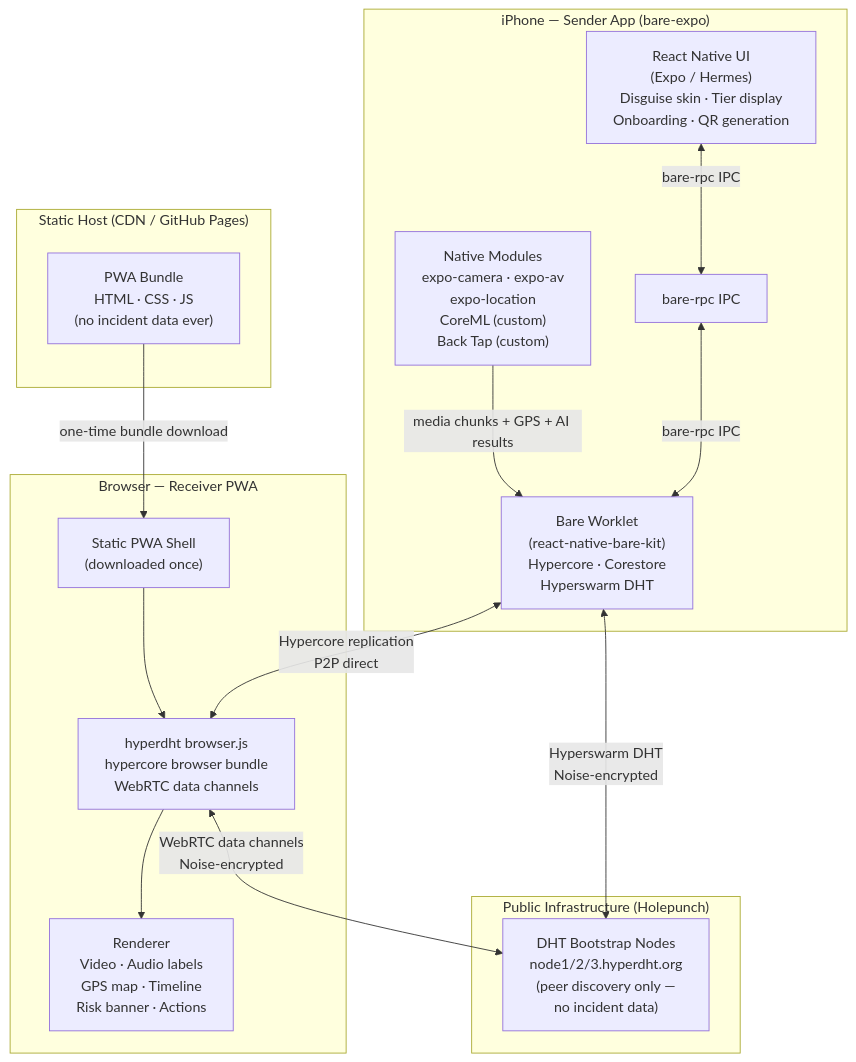
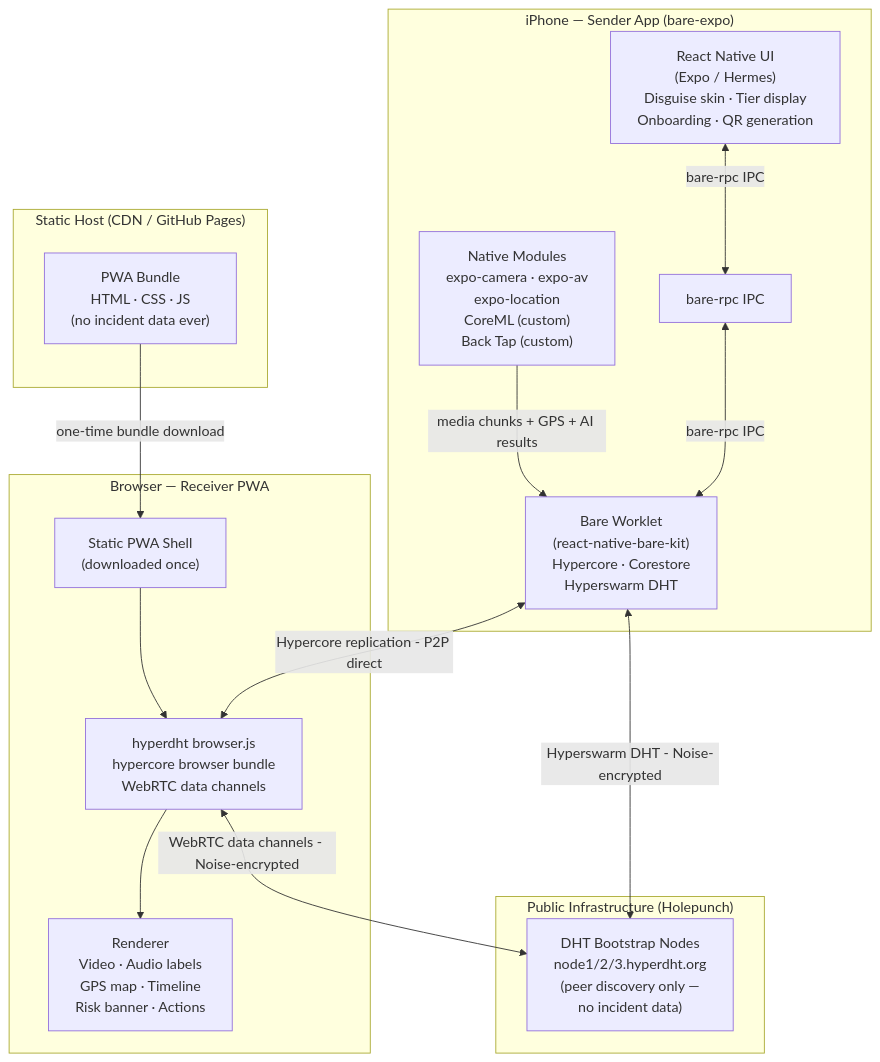
Before and after one commit to HackUPC26/SafeHaven: the first of 5 diagrams in _bmad-output/planning-artifacts/SafeHaven-Architecture.md, drawn with Mermaid. The commit also changed other lines of this file, not shown here.

Commit message:
updated mermaid diagram

````diff
--- a/_bmad-output/planning-artifacts/SafeHaven-Architecture.md
+++ b/_bmad-output/planning-artifacts/SafeHaven-Architecture.md
@@ -11,33 +11,33 @@
 ```mermaid
 graph TB
     subgraph iPhone["iPhone — Sender App (bare-expo)"]
-        UI["React Native UI\n(Expo / Hermes)\nDisguise skin · Tier display\nOnboarding · QR generation"]
+        UI["React Native UI<br/>(Expo / Hermes)<br/>Disguise skin · Tier display<br/>Onboarding · QR generation"]
         RPC["bare-rpc IPC"]
-        BW["Bare Worklet\n(react-native-bare-kit)\nHypercore · Corestore\nHyperswarm DHT"]
-        NM["Native Modules\nexpo-camera · expo-av\nexpo-location\nCoreML (custom)\nBack Tap (custom)"]
+        BW["Bare Worklet<br/>(react-native-bare-kit)<br/>Hypercore · Corestore<br/>Hyperswarm DHT"]
+        NM["Native Modules<br/>expo-camera · expo-av<br/>expo-location<br/>CoreML (custom)<br/>Back Tap (custom)"]
     end
 
     subgraph Browser["Browser — Receiver PWA"]
-        BPWA["Static PWA Shell\n(downloaded once)"]
-        BDHT["hyperdht browser.js\nhypercore browser bundle\nWebRTC data channels"]
-        BRENDER["Renderer\nVideo · Audio labels\nGPS map · Timeline\nRisk banner · Actions"]
+        BPWA["Static PWA Shell<br/>(downloaded once)"]
+        BDHT["hyperdht browser.js<br/>hypercore browser bundle<br/>WebRTC data channels"]
+        BRENDER["Renderer<br/>Video · Audio labels<br/>GPS map · Timeline<br/>Risk banner · Actions"]
     end
 
     subgraph Infra["Public Infrastructure (Holepunch)"]
-        BOOT["DHT Bootstrap Nodes\nnode1/2/3.hyperdht.org\n(peer discovery only —\nno incident data)"]
+        BOOT["DHT Bootstrap Nodes<br/>node1/2/3.hyperdht.org<br/>(peer discovery only —<br/>no incident data)"]
     end
 
     subgraph Static["Static Host (CDN / GitHub Pages)"]
-        FILES["PWA Bundle\nHTML · CSS · JS\n(no incident data ever)"]
+        FILES["PWA Bundle<br/>HTML · CSS · JS<br/>(no incident data ever)"]
     end
 
     UI <-->|bare-rpc IPC| RPC
     RPC <-->|bare-rpc IPC| BW
     NM -->|media chunks + GPS + AI results| BW
-    BW <-->|Hyperswarm DHT\nNoise-encrypted| BOOT
-    BDHT <-->|WebRTC data channels\nNoise-encrypted| BOOT
-    BW <-->|Hypercore replication\nP2P direct| BDHT
+    BW <-->|Hyperswarm DHT - Noise-encrypted| BOOT
+    BDHT <-->|WebRTC data channels - Noise-encrypted| BOOT
+    BW <-->|Hypercore replication - P2P direct| BDHT
     BDHT --> BRENDER
     FILES -->|one-time bundle download| BPWA
     BPWA --> BDHT
 ```
````
